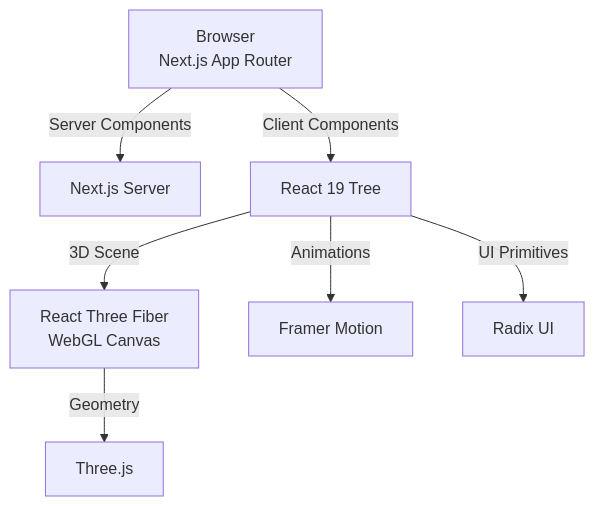
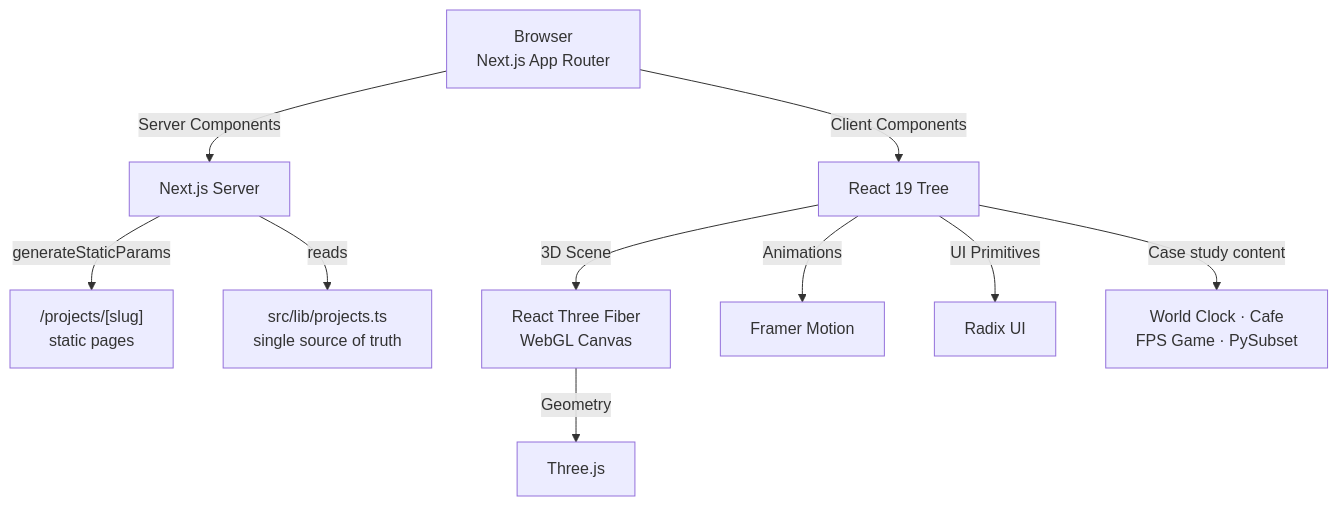
The diagram in README.md (shaurya-10000/portfolio), drawn with Mermaid before and after one commit. The commit also changed other lines of this file, not shown here.

````diff
--- a/README.md
+++ b/README.md
@@ -79,11 +75,15 @@
 ```mermaid
 flowchart TD
     B["Browser<br/>Next.js App Router"] -->|"Server Components"| N["Next.js Server"]
     B -->|"Client Components"| C["React 19 Tree"]
-    
+
+    N -->|"generateStaticParams"| P["/projects/[slug]<br/>static pages"]
+    N -->|"reads"| S["src/lib/projects.ts<br/>single source of truth"]
+
     C -->|"3D Scene"| R3F["React Three Fiber<br/>WebGL Canvas"]
     C -->|"Animations"| FM["Framer Motion"]
     C -->|"UI Primitives"| RU["Radix UI"]
-    
+    C -->|"Case study content"| CS["World Clock · Cafe<br/>FPS Game · PySubset"]
+
     R3F -->|"Geometry"| T["Three.js"]
 ```
````
